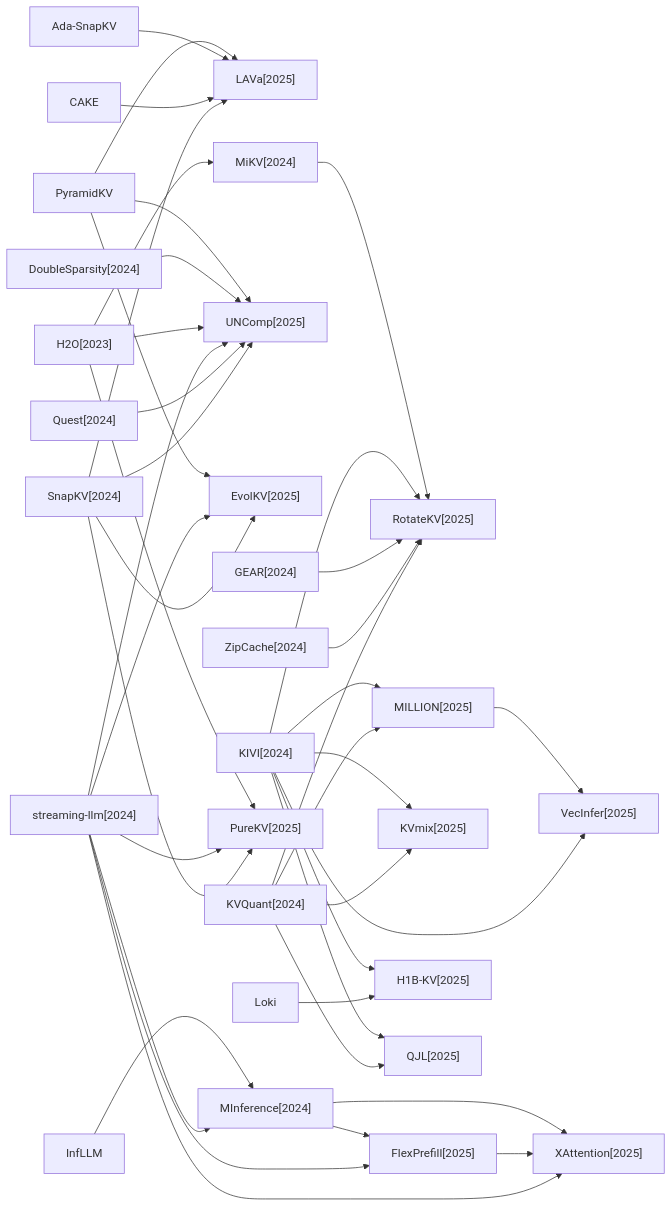
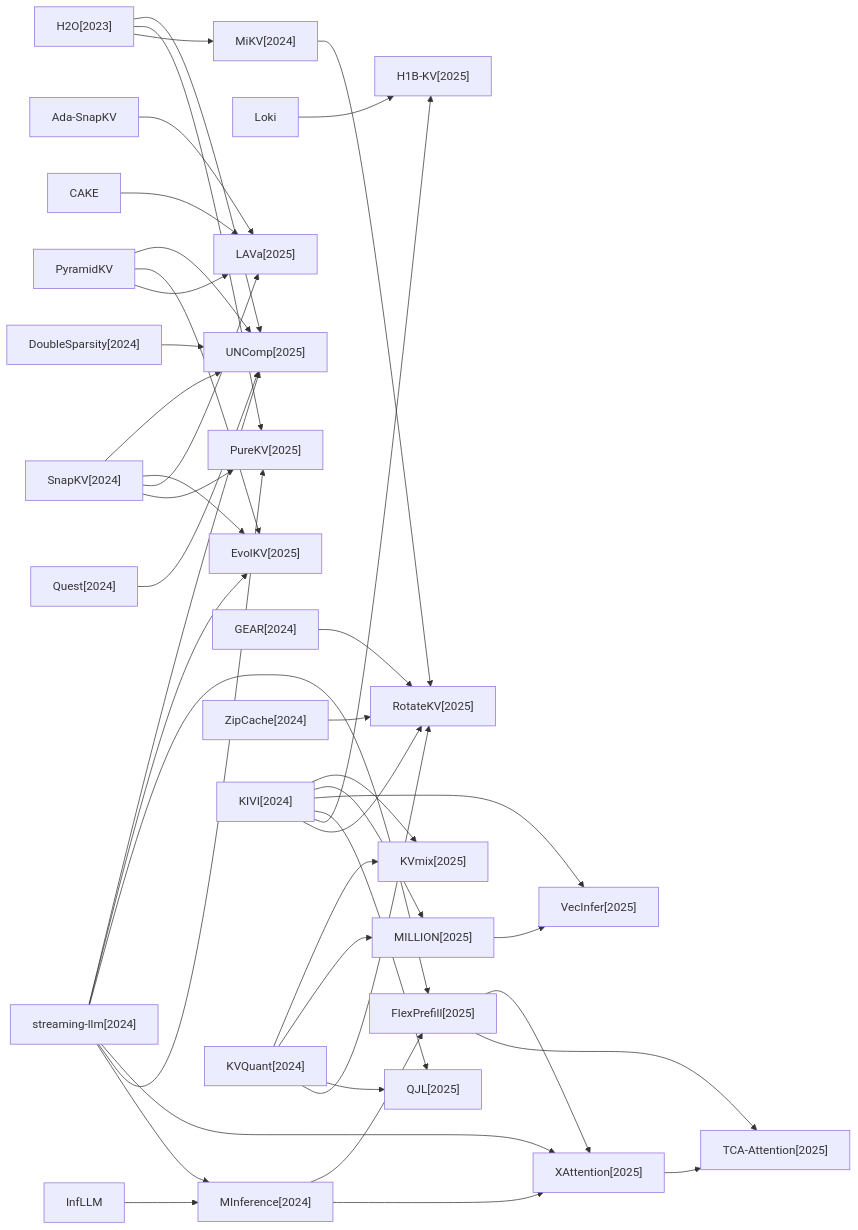
One commit to hustzxd/EfficientPaper changed the fourth of 5 diagrams in docs/baseline_methods_graph.md. Above: the diagram before and after it, drawn with Mermaid. The commit also changed 19 other files, not shown here.

````diff
--- a/docs/baseline_methods_graph.md
+++ b/docs/baseline_methods_graph.md
@@ -57,70 +57,73 @@
 ```mermaid
 flowchart LR
+    2024_MInference["MInference[2024]"]
+    Loki["Loki"]
+    PyramidKV["PyramidKV"]
+    2025_FlexPrefill["FlexPrefill[2025]"]
+    2025_PureKV["PureKV[2025]"]
+    2025_XAttention["XAttention[2025]"]
+    2025_H1B_KV["H1B-KV[2025]"]
+    InfLLM["InfLLM"]
+    2025_VecInfer["VecInfer[2025]"]
+    2024_MiKV["MiKV[2024]"]
+    2025_LAVa["LAVa[2025]"]
+    2024_DoubleSparsity["DoubleSparsity[2024]"]
     2025_RotateKV["RotateKV[2025]"]
+    2025_UNComp["UNComp[2025]"]
+    2024_GEAR["GEAR[2024]"]
+    2024_Quest["Quest[2024]"]
     2025_MILLION["MILLION[2025]"]
-    2025_XAttention["XAttention[2025]"]
-    2025_LAVa["LAVa[2025]"]
-    PyramidKV["PyramidKV"]
-    2025_KVmix["KVmix[2025]"]
-    2024_DoubleSparsity["DoubleSparsity[2024]"]
-    2024_MInference["MInference[2024]"]
-    2025_UNComp["UNComp[2025]"]
+    2025_TCA_Attention["TCA-Attention[2025]"]
     Ada_SnapKV["Ada-SnapKV"]
     2023_H2O["H2O[2023]"]
-    InfLLM["InfLLM"]
+    2024_streaming_llm["streaming-llm[2024]"]
     2025_EvolKV["EvolKV[2025]"]
-    2025_VecInfer["VecInfer[2025]"]
+    2025_KVmix["KVmix[2025]"]
+    2025_QJL["QJL[2025]"]
+    2024_SnapKV["SnapKV[2024]"]
+    2024_ZipCache["ZipCache[2024]"]
     CAKE["CAKE"]
-    2025_FlexPrefill["FlexPrefill[2025]"]
-    2024_MiKV["MiKV[2024]"]
-    2025_H1B_KV["H1B-KV[2025]"]
     2024_KIVI["KIVI[2024]"]
-    2024_streaming_llm["streaming-llm[2024]"]
-    Loki["Loki"]
-    2025_PureKV["PureKV[2025]"]
-    2024_GEAR["GEAR[2024]"]
-    2024_Quest["Quest[2024]"]
-    2024_ZipCache["ZipCache[2024]"]
-    2024_SnapKV["SnapKV[2024]"]
     2024_KVQuant["KVQuant[2024]"]
-    2025_QJL["QJL[2025]"]
-    2025_MILLION --> 2025_VecInfer
+    2024_MInference --> 2025_FlexPrefill
+    2024_MInference --> 2025_XAttention
+    Loki --> 2025_H1B_KV
     PyramidKV --> 2025_UNComp
     PyramidKV --> 2025_EvolKV
     PyramidKV --> 2025_LAVa
+    2025_FlexPrefill --> 2025_XAttention
+    2025_FlexPrefill --> 2025_TCA_Attention
+    2025_XAttention --> 2025_TCA_Attention
+    InfLLM --> 2024_MInference
+    2024_MiKV --> 2025_RotateKV
     2024_DoubleSparsity --> 2025_UNComp
-    2024_MInference --> 2025_FlexPrefill
-    2024_MInference --> 2025_XAttention
+    2024_GEAR --> 2025_RotateKV
+    2024_Quest --> 2025_UNComp
+    2025_MILLION --> 2025_VecInfer
     Ada_SnapKV --> 2025_LAVa
     2023_H2O --> 2025_UNComp
     2023_H2O --> 2025_PureKV
     2023_H2O --> 2024_MiKV
-    InfLLM --> 2024_MInference
+    2024_streaming_llm --> 2025_UNComp
+    2024_streaming_llm --> 2025_EvolKV
+    2024_streaming_llm --> 2025_FlexPrefill
+    2024_streaming_llm --> 2025_XAttention
+    2024_streaming_llm --> 2025_PureKV
+    2024_streaming_llm --> 2024_MInference
+    2024_SnapKV --> 2025_UNComp
+    2024_SnapKV --> 2025_EvolKV
+    2024_SnapKV --> 2025_LAVa
+    2024_SnapKV --> 2025_PureKV
+    2024_ZipCache --> 2025_RotateKV
     CAKE --> 2025_LAVa
-    2025_FlexPrefill --> 2025_XAttention
-    2024_MiKV --> 2025_RotateKV
     2024_KIVI --> 2025_KVmix
     2024_KIVI --> 2025_MILLION
     2024_KIVI --> 2025_VecInfer
     2024_KIVI --> 2025_QJL
     2024_KIVI --> 2025_H1B_KV
     2024_KIVI --> 2025_RotateKV
-    2024_streaming_llm --> 2025_UNComp
-    2024_streaming_llm --> 2025_EvolKV
-    2024_streaming_llm --> 2025_FlexPrefill
-    2024_streaming_llm --> 2025_XAttention
-    2024_streaming_llm --> 2025_PureKV
-    2024_streaming_llm --> 2024_MInference
-    Loki --> 2025_H1B_KV
-    2024_GEAR --> 2025_RotateKV
-    2024_Quest --> 2025_UNComp
-    2024_ZipCache --> 2025_RotateKV
-    2024_SnapKV --> 2025_UNComp
-    2024_SnapKV --> 2025_EvolKV
-    2024_SnapKV --> 2025_LAVa
-    2024_SnapKV --> 2025_PureKV
     2024_KVQuant --> 2025_KVmix
     2024_KVQuant --> 2025_MILLION
     2024_KVQuant --> 2025_QJL
     2024_KVQuant --> 2025_RotateKV
 ```
````
